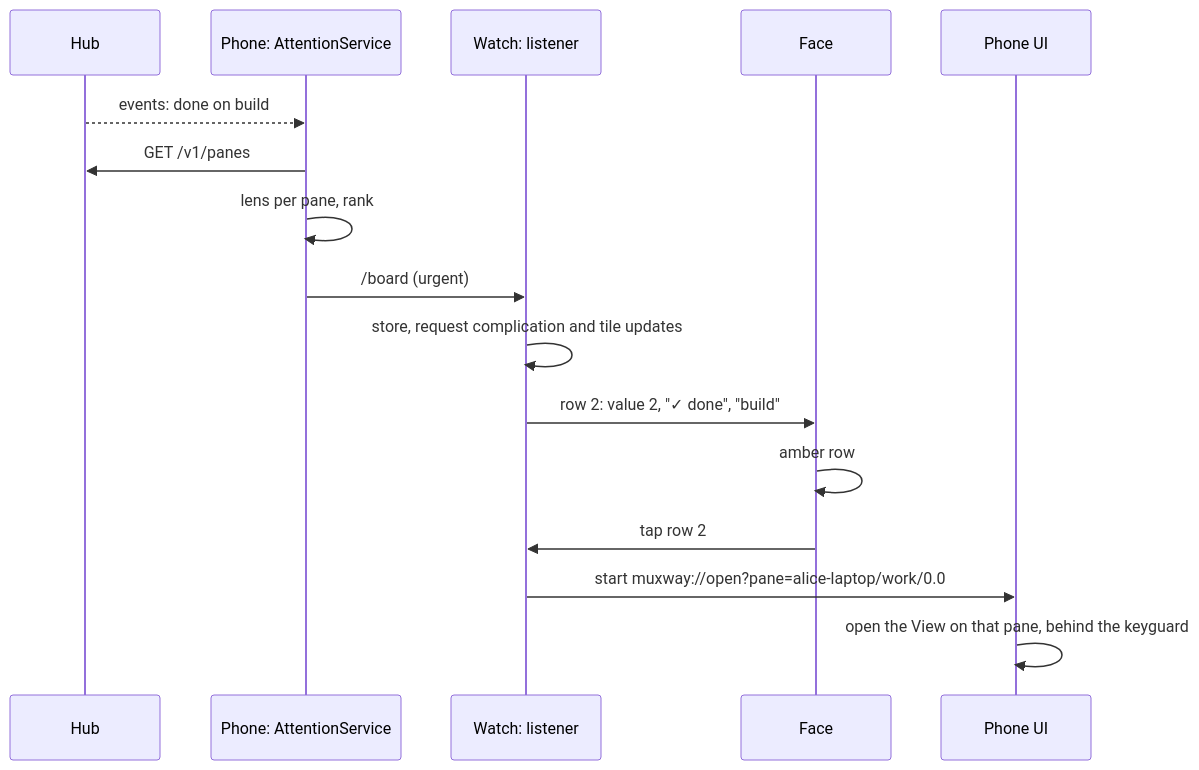
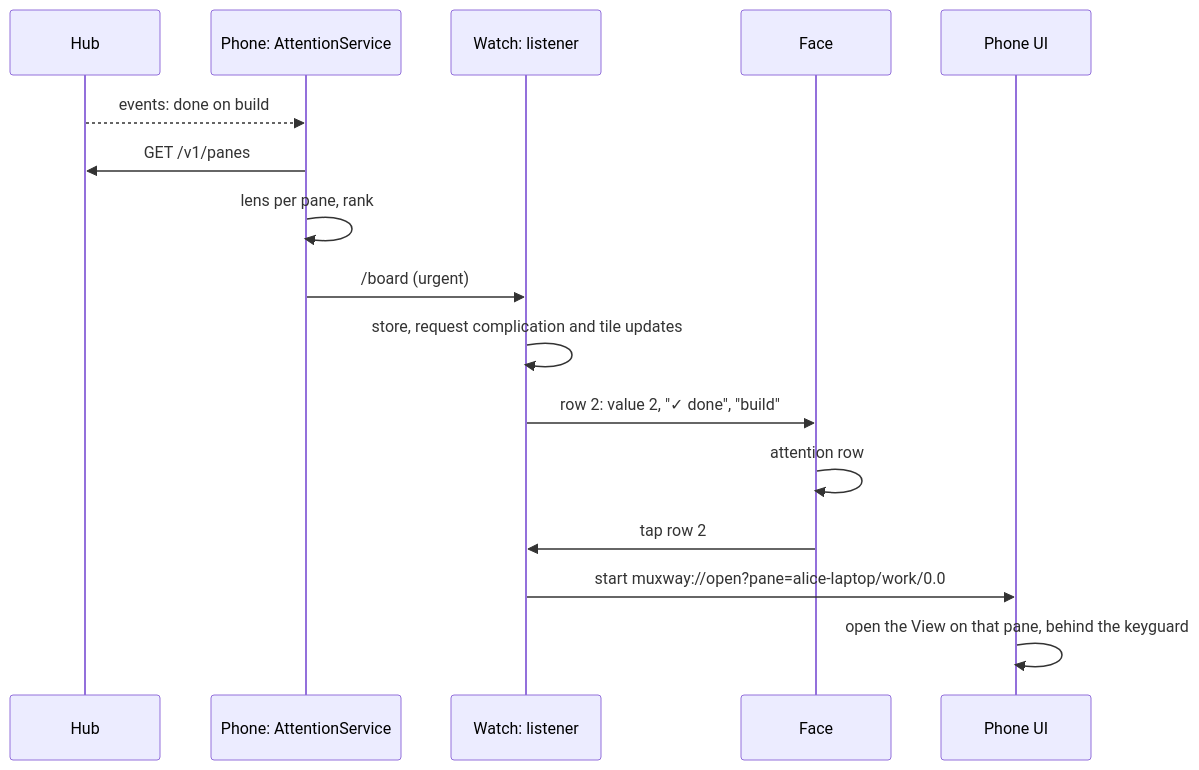
Before and after one commit to notmarkopadjen/muxway-android: the second of 5 diagrams in docs/features/watch.md, drawn with Mermaid. The commit also changed other lines of this file and 7 other files, not shown here.

````diff
--- a/docs/features/watch.md
+++ b/docs/features/watch.md
@@ -73,18 +73,18 @@
 ```mermaid
 sequenceDiagram
     participant H as Hub
     participant S as Phone: AttentionService
     participant W as Watch: listener
     participant F as Face
     participant P as Phone UI
     H-->>S: events: done on build
     S->>H: GET /v1/panes
     S->>S: lens per pane, rank
     S->>W: /board (urgent)
     W->>W: store, request complication and tile updates
     W->>F: row 2: value 2, "✓ done", "build"
-    F->>F: amber row
+    F->>F: attention row
     F->>W: tap row 2
     W->>P: start muxway://open?pane=alice-laptop/work/0.0
     P->>P: open the View on that pane, behind the keyguard
 ```
````
